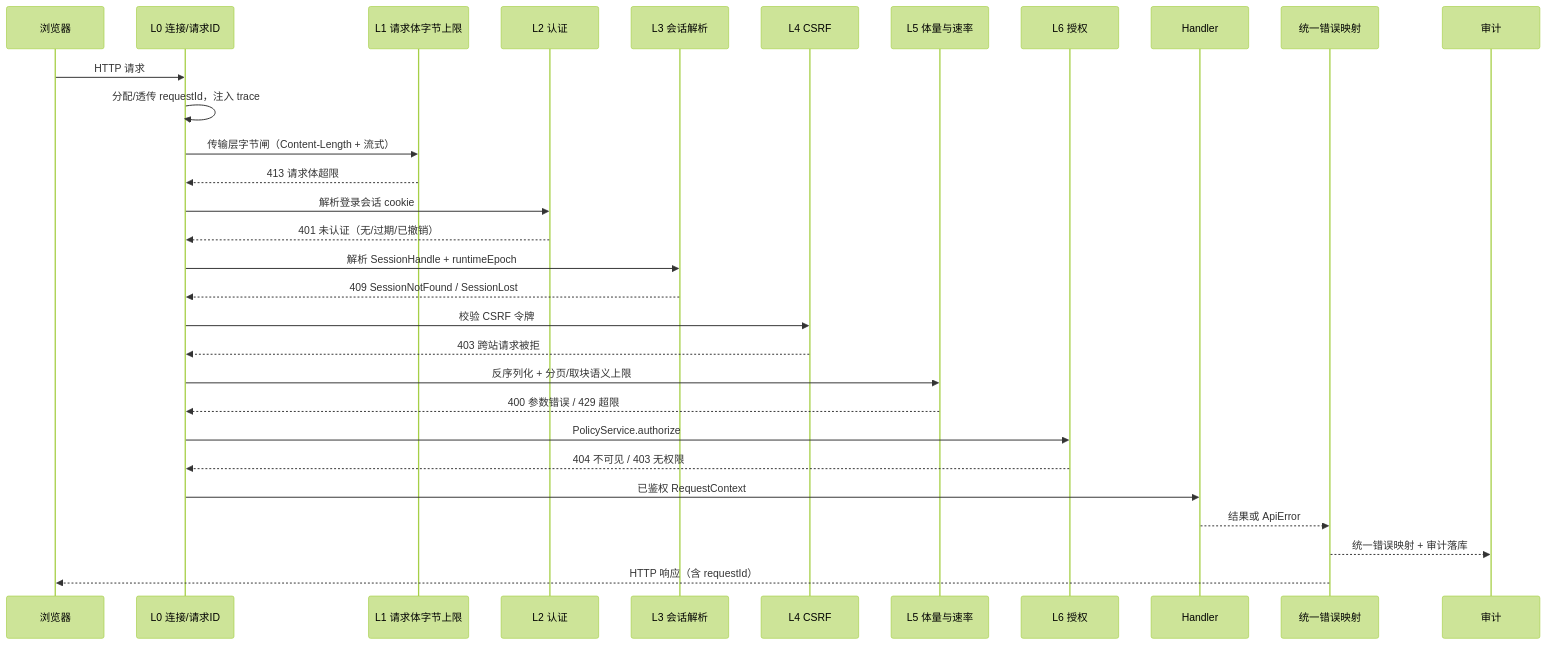
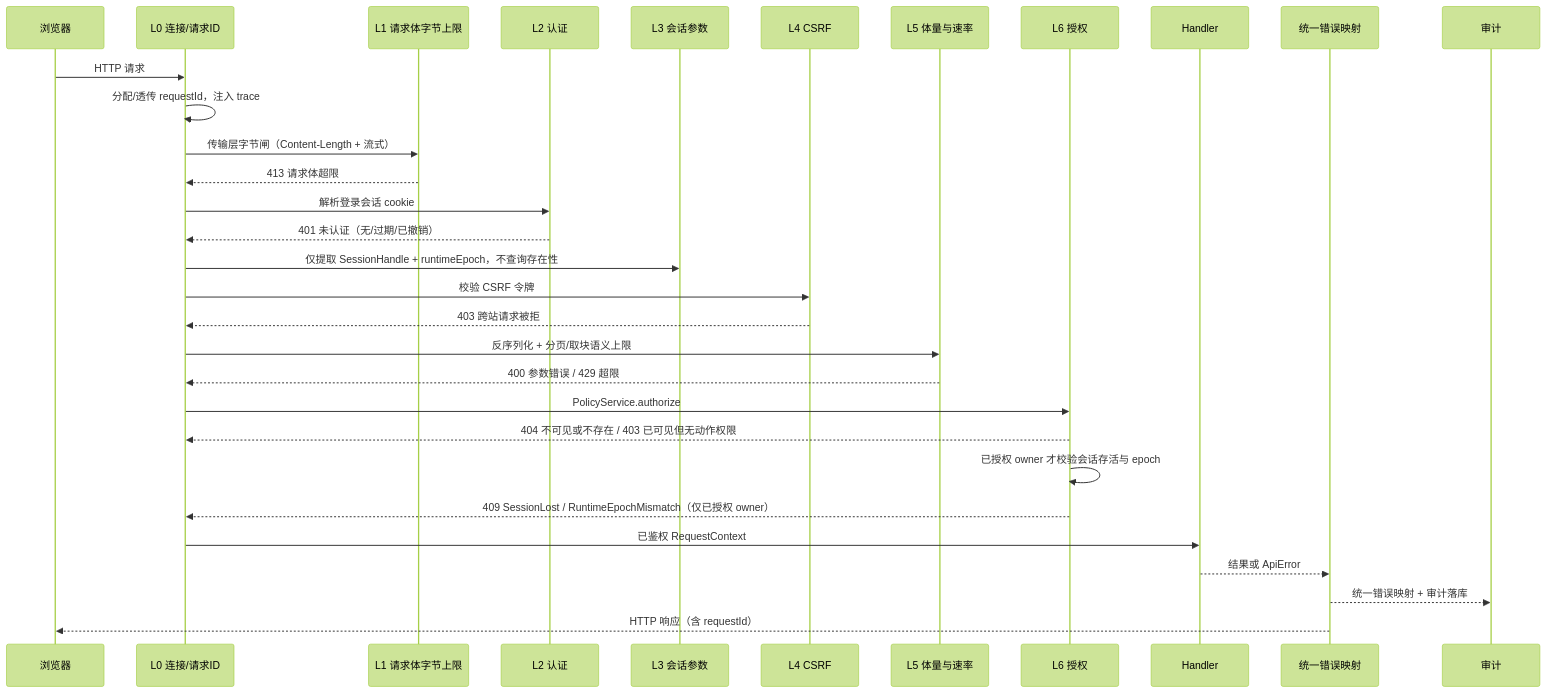
The second of 6 diagrams in docs/architecture/platform/team-server-and-auth.md (flyxl/datazen), drawn with Mermaid (forest theme) before and after one commit. The commit also changed other lines of this file and 7 other files, not shown here.

````diff
--- a/docs/architecture/platform/team-server-and-auth.md
+++ b/docs/architecture/platform/team-server-and-auth.md
@@ -127,33 +127,34 @@
 ```mermaid
 sequenceDiagram
     participant B as 浏览器
     participant L0 as L0 连接/请求ID
     participant L1 as L1 请求体字节上限
     participant L2 as L2 认证
-    participant L3 as L3 会话解析
+    participant L3 as L3 会话参数
     participant L4 as L4 CSRF
     participant L5 as L5 体量与速率
     participant L6 as L6 授权
     participant H as Handler
     participant E as 统一错误映射
     participant A as 审计
 
     B->>L0: HTTP 请求
     L0->>L0: 分配/透传 requestId，注入 trace
     L0->>L1: 传输层字节闸（Content-Length + 流式）
     L1-->>L0: 413 请求体超限
     L0->>L2: 解析登录会话 cookie
     L2-->>L0: 401 未认证（无/过期/已撤销）
-    L0->>L3: 解析 SessionHandle + runtimeEpoch
-    L3-->>L0: 409 SessionNotFound / SessionLost
+    L0->>L3: 仅提取 SessionHandle + runtimeEpoch，不查询存在性
     L0->>L4: 校验 CSRF 令牌
     L4-->>L0: 403 跨站请求被拒
     L0->>L5: 反序列化 + 分页/取块语义上限
     L5-->>L0: 400 参数错误 / 429 超限
     L0->>L6: PolicyService.authorize
-    L6-->>L0: 404 不可见 / 403 无权限
+    L6-->>L0: 404 不可见或不存在 / 403 已可见但无动作权限
+    L6->>L6: 已授权 owner 才校验会话存活与 epoch
+    L6-->>L0: 409 SessionLost / RuntimeEpochMismatch（仅已授权 owner）
     L0->>H: 已鉴权 RequestContext
     H-->>E: 结果或 ApiError
     E-->>A: 统一错误映射 + 审计落库
     E-->>B: HTTP 响应（含 requestId）
 ```
````
